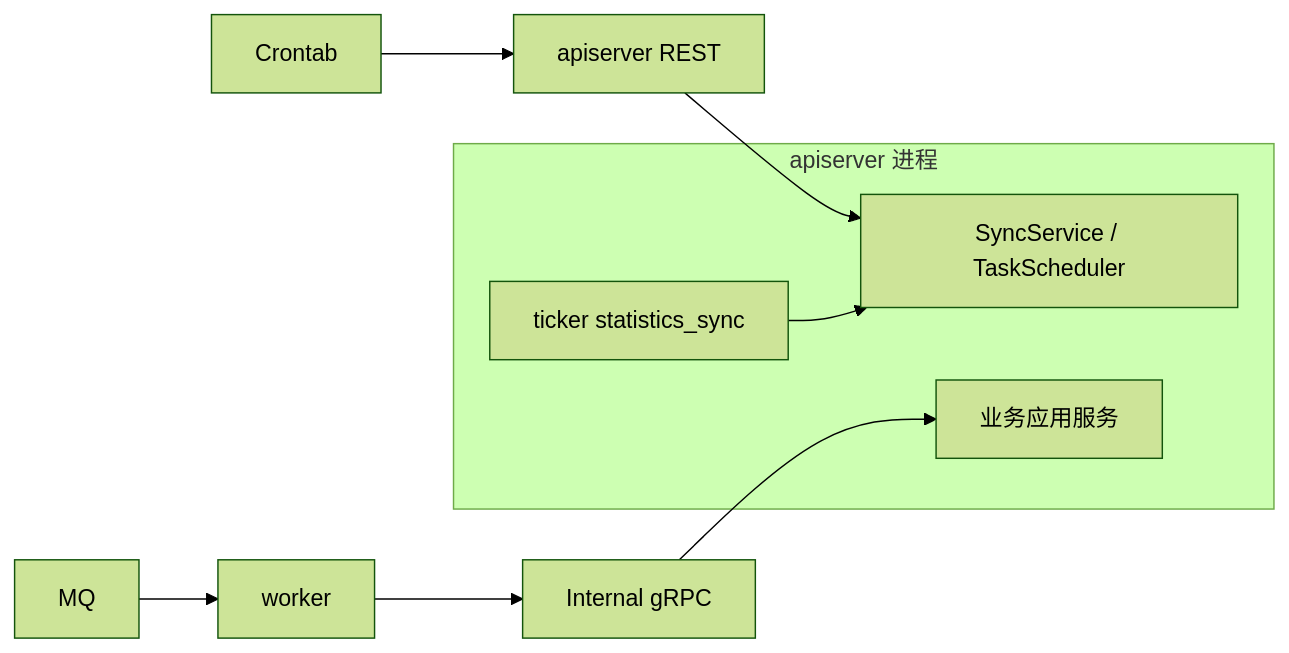
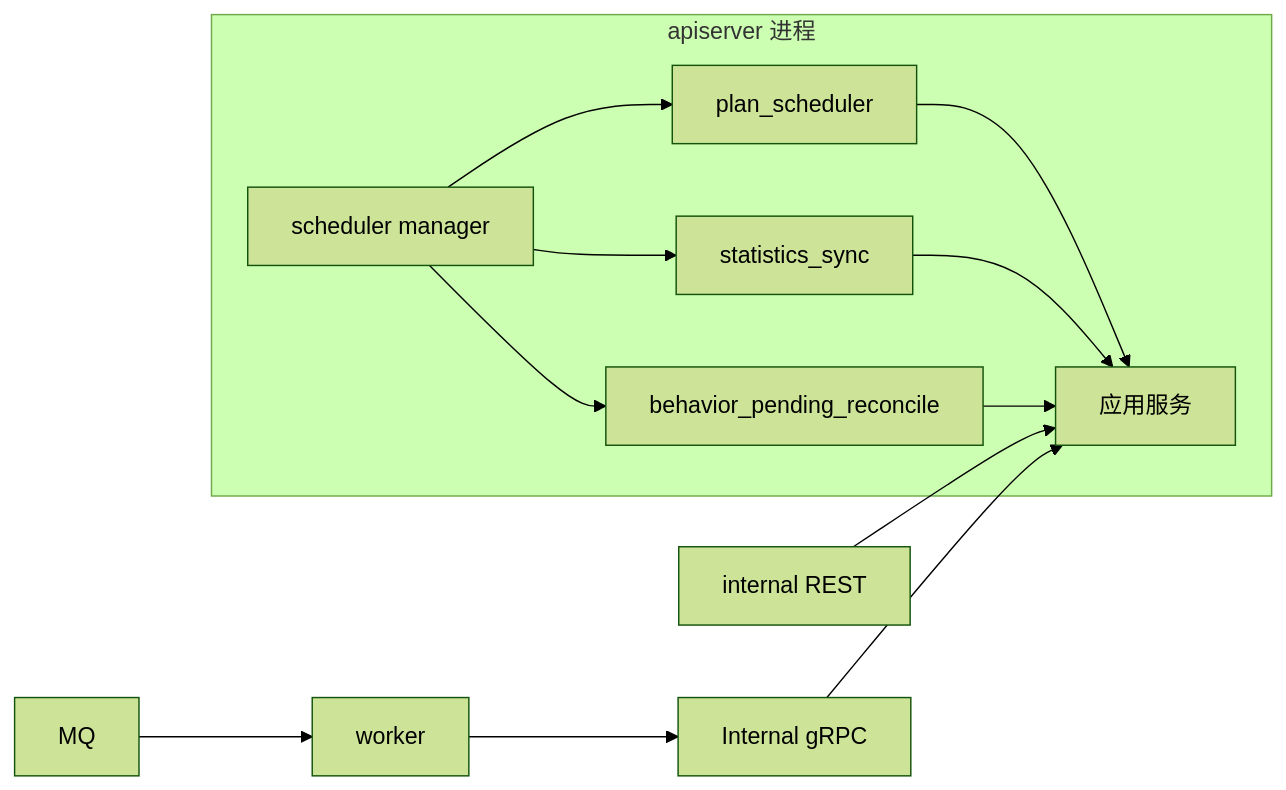
One commit to FangcunMount/qs-server changed the diagram in docs/04-接口与运维/04-调度与后台任务.md. Above: the diagram before and after it, drawn with Mermaid (forest theme). The commit also changed other lines of this file and 8 other files, not shown here.

````diff
--- a/docs/04-接口与运维/04-调度与后台任务.md
+++ b/docs/04-接口与运维/04-调度与后台任务.md
@@ -48,20 +31,21 @@
 ```mermaid
 flowchart LR
-    Cron[Crontab]
-    API[apiserver REST]
-
-    subgraph AP[apiserver 进程]
-        T[ticker statistics_sync]
-        S[SyncService / TaskScheduler]
-        B[业务应用服务]
+    subgraph AP["apiserver 进程"]
+        M["scheduler manager"]
+        PS["plan_scheduler"]
+        SS["statistics_sync"]
+        BR["behavior_pending_reconcile"]
+        APP["应用服务"]
     end
 
-    MQ[MQ]
-    W[worker]
-    IN[Internal gRPC]
+    REST["internal REST"]
+    MQ["MQ"]
+    W["worker"]
+    IN["Internal gRPC"]
 
-    Cron --> API --> S
-    T --> S
-
-    MQ --> W --> IN --> B
+    M --> PS --> APP
+    M --> SS --> APP
+    M --> BR --> APP
+    REST --> APP
+    MQ --> W --> IN --> APP
 ```
````
